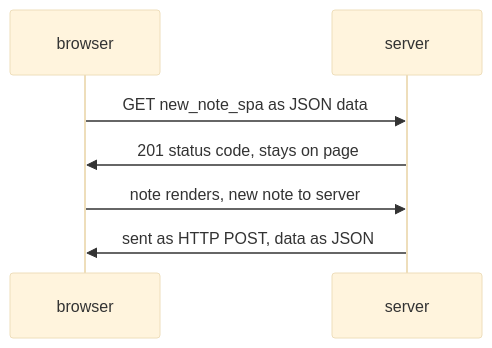
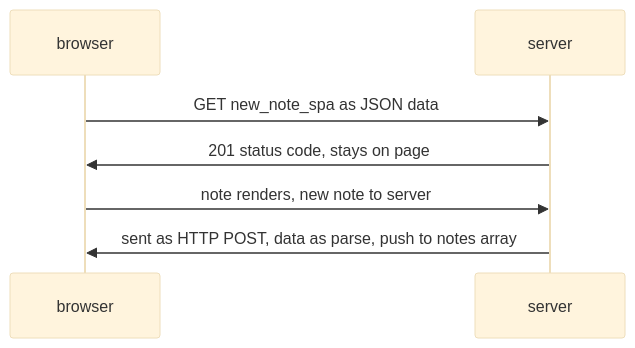
One commit to dabble-r/fullStack_open changed the diagram in part0_6.md. Above: the diagram before and after it, drawn with Mermaid (base theme). The commit also changed 1 other file, not shown here.

Commit message:
make diagrams all parts0_no push

````diff
--- a/part0_6.md
+++ b/part0_6.md
@@ -1,12 +1,12 @@
 ```mermaid
 sequenceDiagram
     participant browser
     participant server
 
     browser->>server: GET new_note_spa as JSON data
     server->>browser: 201 status code, stays on page
 
     browser->>server: note renders, new note to server
-    server->>browser: sent as HTTP POST, data as JSON
+    server->>browser: sent as HTTP POST, data as  parse, push to notes array
     
 ```
````
